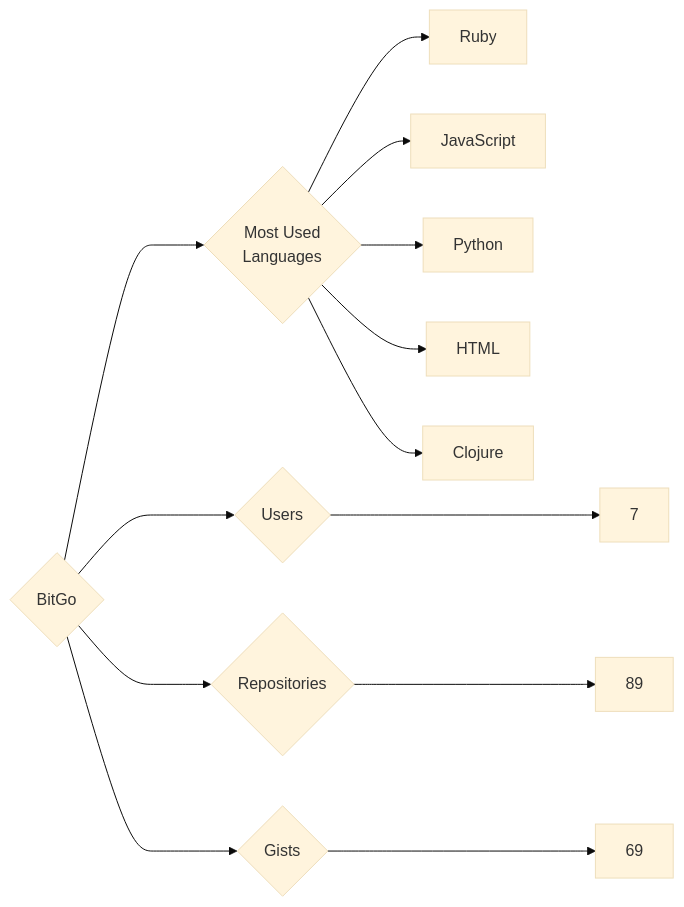
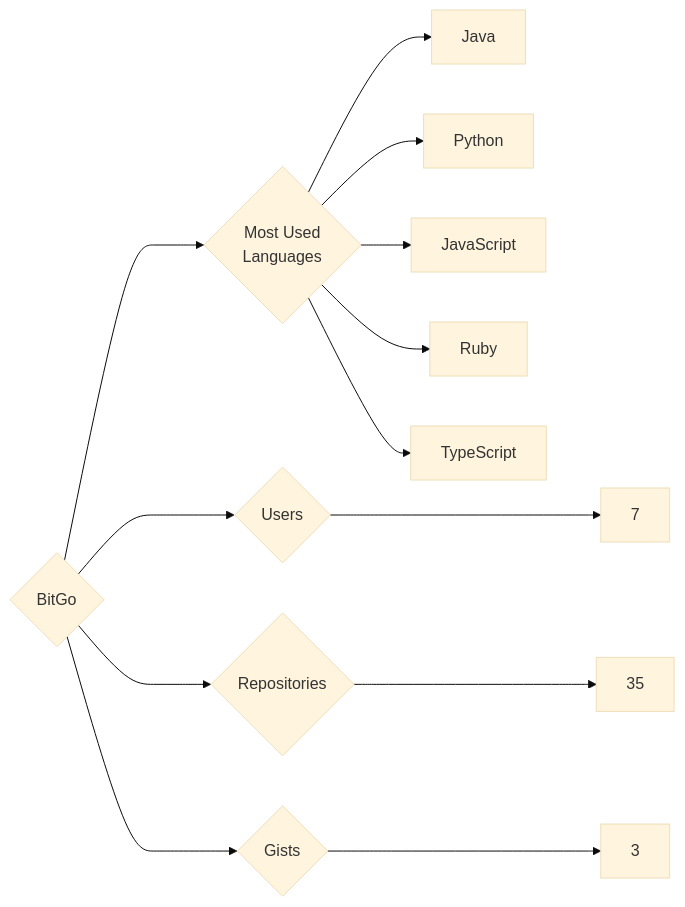
Before and after one commit to trickest/insiders: the diagram in targets/BitGo/README.md, drawn with Mermaid (base theme). The commit also changed 718 other files, not shown here.

````diff
--- a/targets/BitGo/README.md
+++ b/targets/BitGo/README.md
@@ -3,13 +3,13 @@
 ```mermaid
 graph LR
 COMPANY_NAME{BitGo}
 COMPANY_NAME ---> U{Users} ---> UN[7]
-COMPANY_NAME ---> R{Repositories} ---> RN[89]
-COMPANY_NAME ---> G{Gists} ---> GN[69]
+COMPANY_NAME ---> R{Repositories} ---> RN[35]
+COMPANY_NAME ---> G{Gists} ---> GN[3]
 COMPANY_NAME ---> ML{Most Used<br>Languages}
+ML --> Java[Java]
+ML --> Python[Python]
+ML --> JavaScript[JavaScript]
 ML --> Ruby[Ruby]
-ML --> JavaScript[JavaScript]
-ML --> Python[Python]
-ML --> HTML[HTML]
-ML --> Clojure[Clojure]
+ML --> TypeScript[TypeScript]
 ```
````
